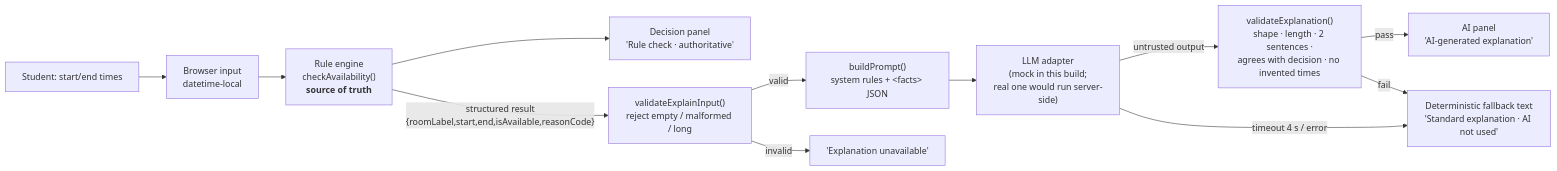
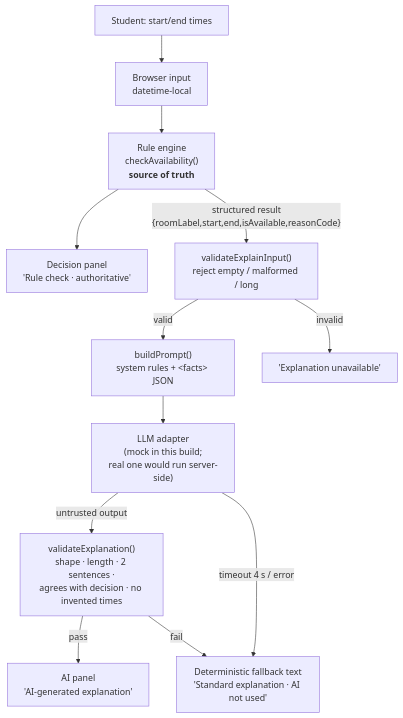
The diagram in docs/practice-11/feature-contract.md (comalonwizme/smart-campus-room-checker), drawn with Mermaid before and after one commit. The commit also changed other lines of this file and 9 other files, not shown here.

Commit message:
Practice #11: submission package (PDF report, architecture diagram, live-demo screenshots, email draft)

````diff
--- a/docs/practice-11/feature-contract.md
+++ b/docs/practice-11/feature-contract.md
@@ -10,14 +10,14 @@
 ```mermaid
-flowchart LR
+flowchart TB
   S[Student: start/end times] --> V[Browser input<br/>datetime-local]
   V --> R["Rule engine<br/>checkAvailability()<br/><b>source of truth</b>"]
   R --> D["Decision panel<br/>'Rule check · authoritative'"]
   R -->|"structured result<br/>{roomLabel,start,end,isAvailable,reasonCode}"| IV["validateExplainInput()<br/>reject empty / malformed / long"]
   IV -->|valid| P["buildPrompt()<br/>system rules + &lt;facts&gt; JSON"]
   P --> A["LLM adapter<br/>(mock in this build;<br/>real one would run server-side)"]
   A -->|"untrusted output"| OV["validateExplanation()<br/>shape · length · 2 sentences ·<br/>agrees with decision · no invented times"]
   OV -->|pass| E["AI panel<br/>'AI-generated explanation'"]
   OV -->|fail| F["Deterministic fallback text<br/>'Standard explanation · AI not used'"]
   A -->|"timeout 4 s / error"| F
   IV -->|invalid| X["'Explanation unavailable'"]
 ```
````
